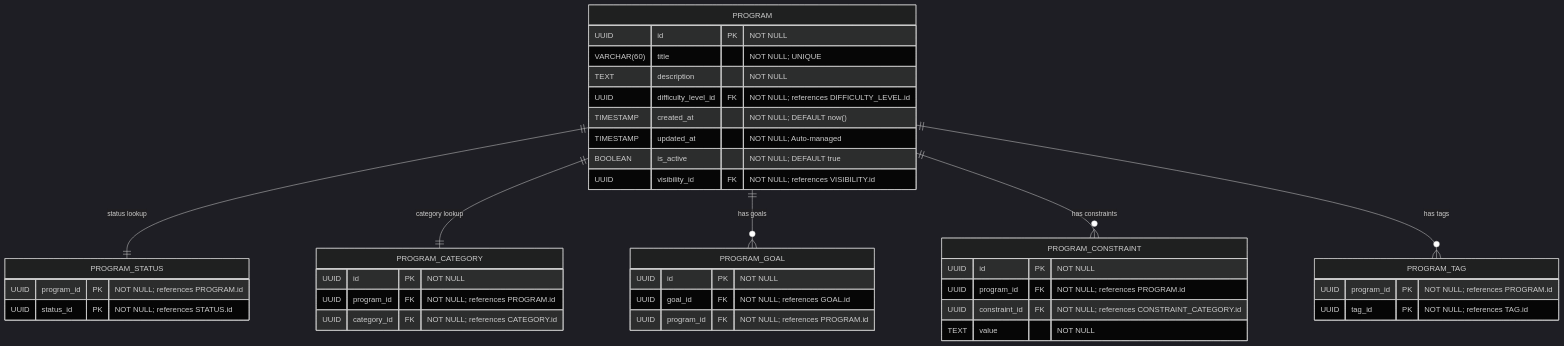
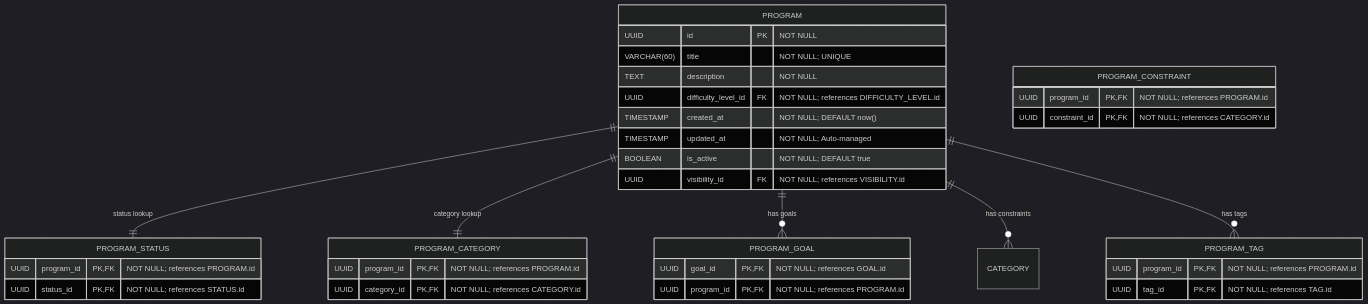
The diagram in docs/program/core_program_definition_classification.md (Dratharias/Motriforge), drawn with Mermaid (dark theme) before and after one commit. The commit also changed 20 other files, not shown here.

````diff
--- a/docs/program/core_program_definition_classification.md
+++ b/docs/program/core_program_definition_classification.md
@@ -8,51 +8,47 @@
 ```mermaid
 erDiagram
   %%=== Layer 1: Core Program & Classification ===%%
 
   PROGRAM {
     UUID id PK                               "NOT NULL"
     VARCHAR(60) title                        "NOT NULL; UNIQUE"
     TEXT description                         "NOT NULL"
     UUID difficulty_level_id FK              "NOT NULL; references DIFFICULTY_LEVEL.id"
     TIMESTAMP created_at                     "NOT NULL; DEFAULT now()"
     TIMESTAMP updated_at                     "NOT NULL; Auto‐managed"
     BOOLEAN is_active                        "NOT NULL; DEFAULT true"
     UUID visibility_id FK                    "NOT NULL; references VISIBILITY.id"
   }
 
   PROGRAM_STATUS {
-    UUID program_id PK "NOT NULL; references PROGRAM.id"
-    UUID status_id PK  "NOT NULL; references STATUS.id"
+    UUID program_id PK,FK "NOT NULL; references PROGRAM.id"
+    UUID status_id PK,FK  "NOT NULL; references STATUS.id"
   }
 
   PROGRAM_CATEGORY {
-    UUID id PK                                "NOT NULL"
-    UUID program_id FK                        "NOT NULL; references PROGRAM.id"
-    UUID category_id FK                       "NOT NULL; references CATEGORY.id"
+    UUID program_id PK,FK                        "NOT NULL; references PROGRAM.id"
+    UUID category_id PK,FK                       "NOT NULL; references CATEGORY.id"
   }
 
   PROGRAM_GOAL {
-    UUID id PK                                "NOT NULL"
-    UUID goal_id FK                           "NOT NULL; references GOAL.id"
-    UUID program_id FK                        "NOT NULL; references PROGRAM.id"
+    UUID goal_id PK,FK                           "NOT NULL; references GOAL.id"
+    UUID program_id PK,FK                        "NOT NULL; references PROGRAM.id"
   }
 
   PROGRAM_CONSTRAINT {
-    UUID id PK                                "NOT NULL"
-    UUID program_id FK                        "NOT NULL; references PROGRAM.id"
-    UUID constraint_id FK                     "NOT NULL; references CONSTRAINT_CATEGORY.id"
-    TEXT value                                "NOT NULL"
+    UUID program_id PK,FK                        "NOT NULL; references PROGRAM.id"
+    UUID constraint_id PK,FK                     "NOT NULL; references CATEGORY.id"
   }
 
   PROGRAM_TAG {
-    UUID program_id PK "NOT NULL; references PROGRAM.id"
-    UUID tag_id PK     "NOT NULL; references TAG.id"
+    UUID program_id PK,FK "NOT NULL; references PROGRAM.id"
+    UUID tag_id PK,FK     "NOT NULL; references TAG.id"
   }
 
   %%— Relationships in Layer 1 —
   PROGRAM ||--|| PROGRAM_STATUS       : "status lookup"
   PROGRAM ||--|| PROGRAM_CATEGORY     : "category lookup"
   PROGRAM ||--o{ PROGRAM_GOAL         : "has goals"
-  PROGRAM ||--o{ PROGRAM_CONSTRAINT   : "has constraints"
+  PROGRAM ||--o{ CATEGORY             : "has constraints"
   PROGRAM ||--o{ PROGRAM_TAG          : "has tags"
 ```
````
